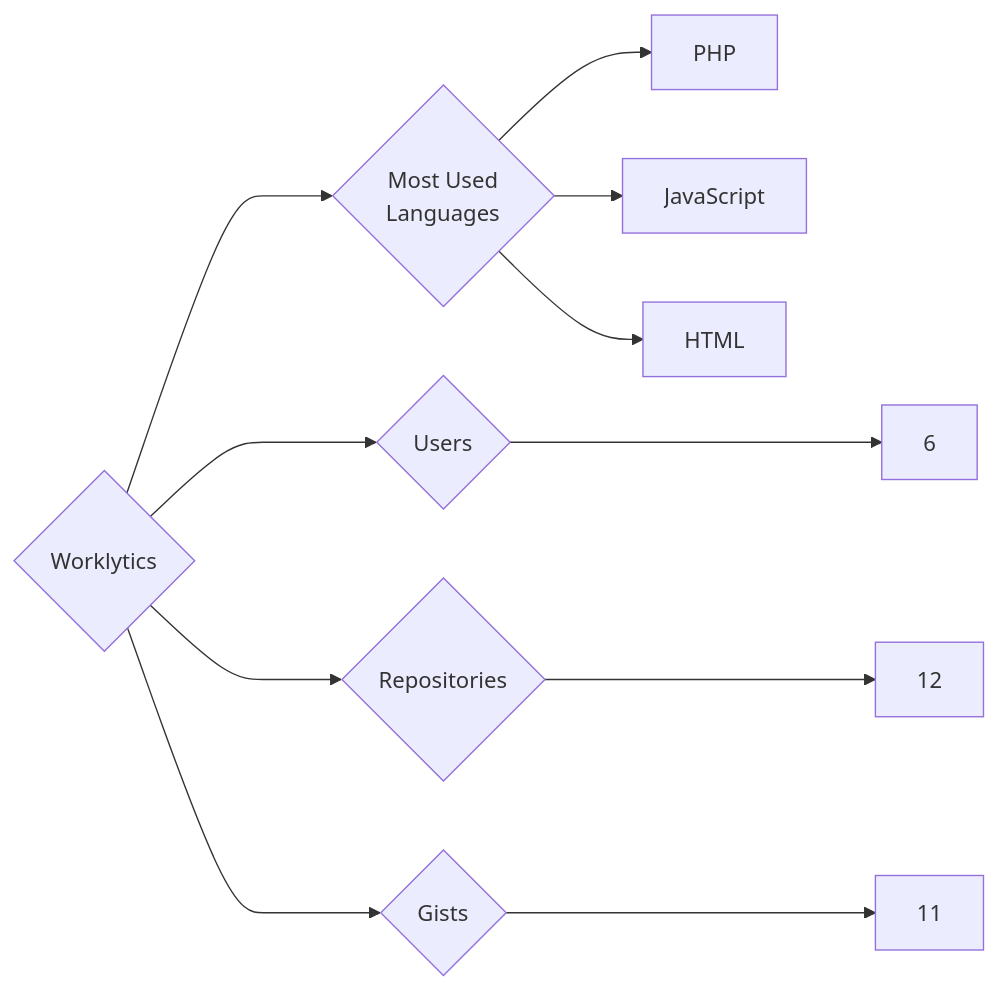
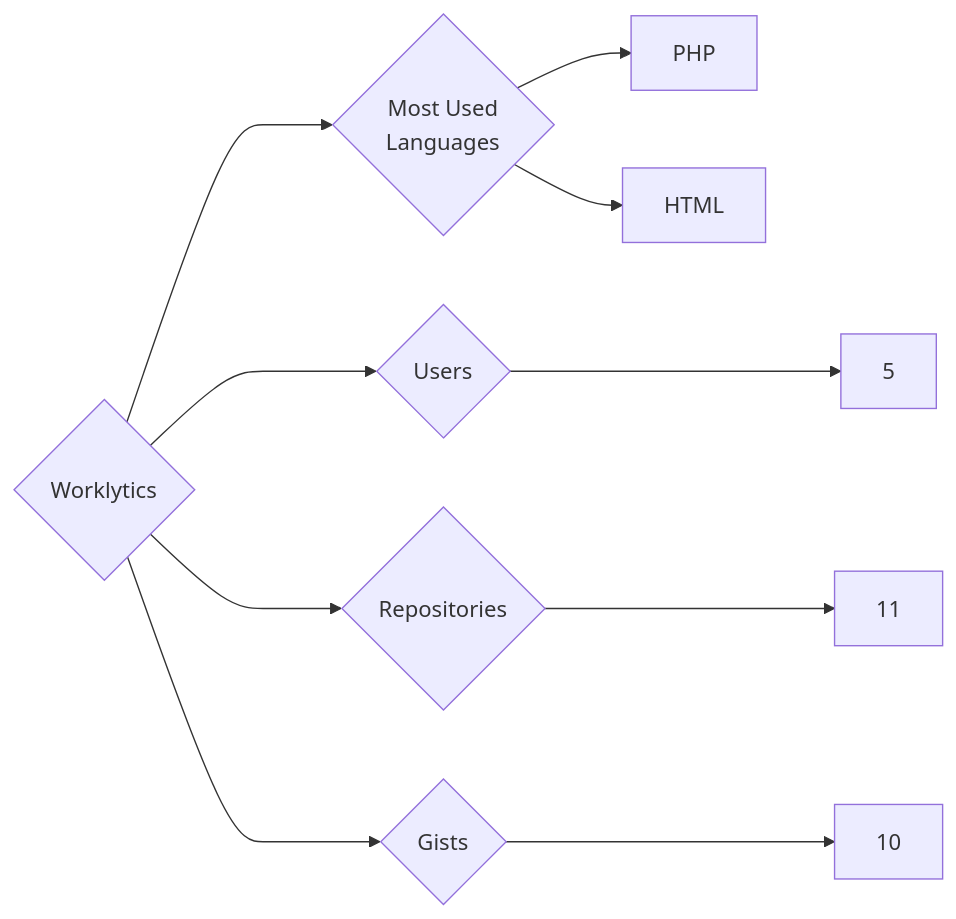
The diagram in targets/Worklytics/README.md (trickest/insiders), drawn with Mermaid before and after one commit. The commit also changed 1496 other files, not shown here.

````diff
--- a/targets/Worklytics/README.md
+++ b/targets/Worklytics/README.md
@@ -3,11 +3,10 @@
 ```mermaid
 graph LR
 COMPANY_NAME{Worklytics}
-COMPANY_NAME ---> U{Users} ---> UN[6]
-COMPANY_NAME ---> R{Repositories} ---> RN[12]
-COMPANY_NAME ---> G{Gists} ---> GN[11]
+COMPANY_NAME ---> U{Users} ---> UN[5]
+COMPANY_NAME ---> R{Repositories} ---> RN[11]
+COMPANY_NAME ---> G{Gists} ---> GN[10]
 COMPANY_NAME ---> ML{Most Used<br>Languages}
 ML --> PHP[PHP]
-ML --> JavaScript[JavaScript]
 ML --> HTML[HTML]
 ```
````
